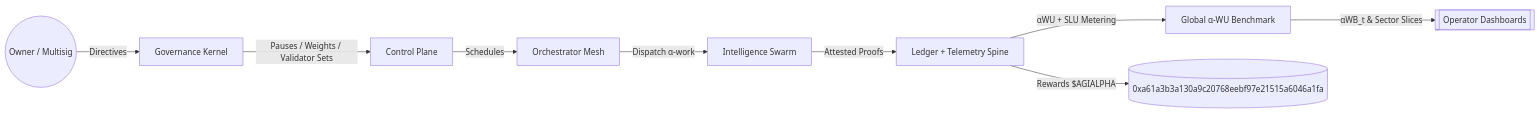
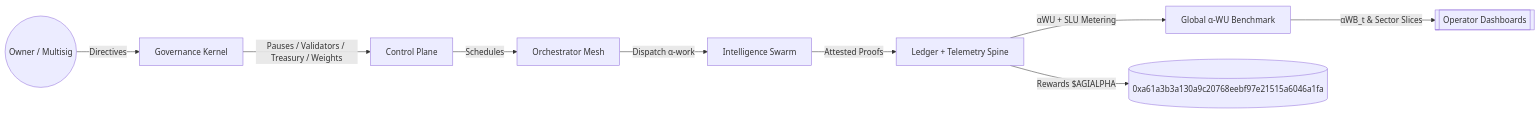
The first of 3 diagrams in README.md (MontrealAI/AGI-Alpha-Node-v0), drawn with Mermaid before and after one commit. The commit also changed other lines of this file, not shown here.

````diff
--- a/README.md
+++ b/README.md
@@ -69,11 +68,11 @@
 ```mermaid
 flowchart LR
   Owner((Owner / Multisig)) -->|Directives| Governance[Governance Kernel]
-  Governance -->|Pauses / Weights / Validator Sets| ControlPlane[Control Plane]
+  Governance -->|Pauses / Validators / Treasury / Weights| ControlPlane[Control Plane]
   ControlPlane -->|Schedules| OrchestratorMesh[Orchestrator Mesh]
   OrchestratorMesh -->|Dispatch α‑work| IntelligenceSwarm[Intelligence Swarm]
   IntelligenceSwarm -->|Attested Proofs| LedgerTelemetry[Ledger + Telemetry Spine]
   LedgerTelemetry -->|αWU + SLU Metering| AlphaWB[Global α‑WU Benchmark]
   LedgerTelemetry -->|Rewards $AGIALPHA| Treasury[(0xa61a3b3a130a9c20768eebf97e21515a6046a1fa)]
   AlphaWB -->|αWB_t & Sector Slices| Dashboards[[Operator Dashboards]]
 ```
````
